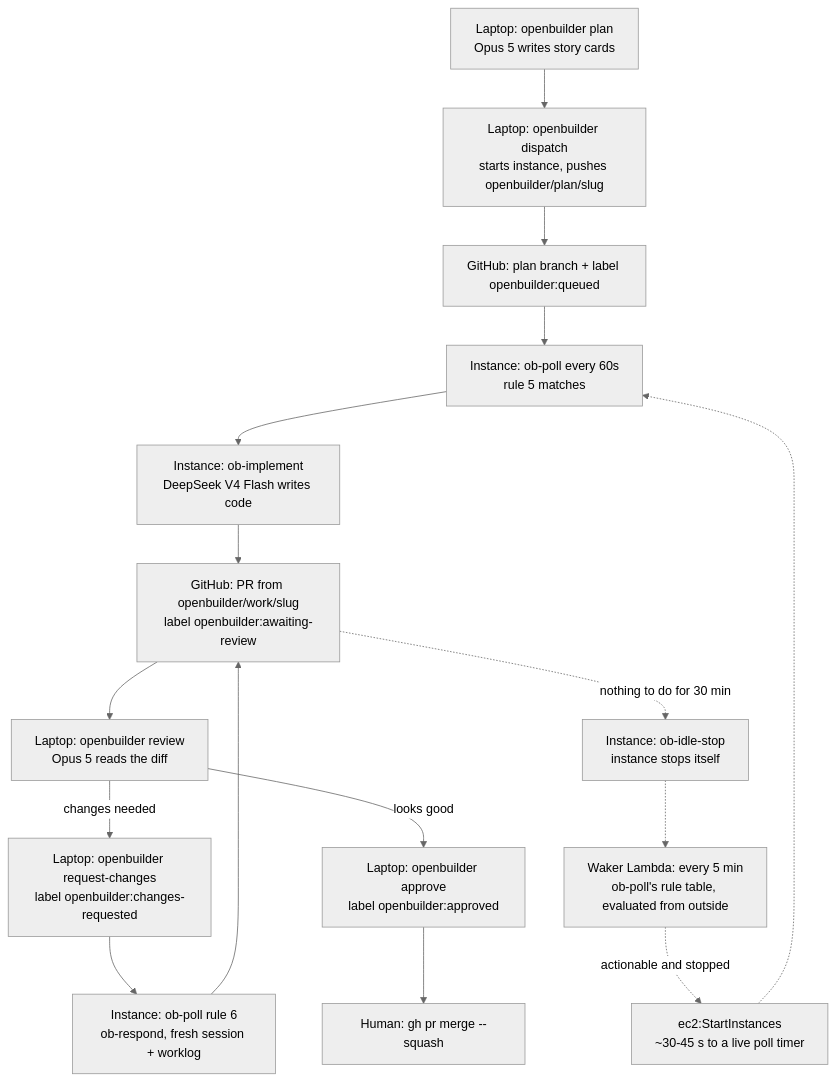
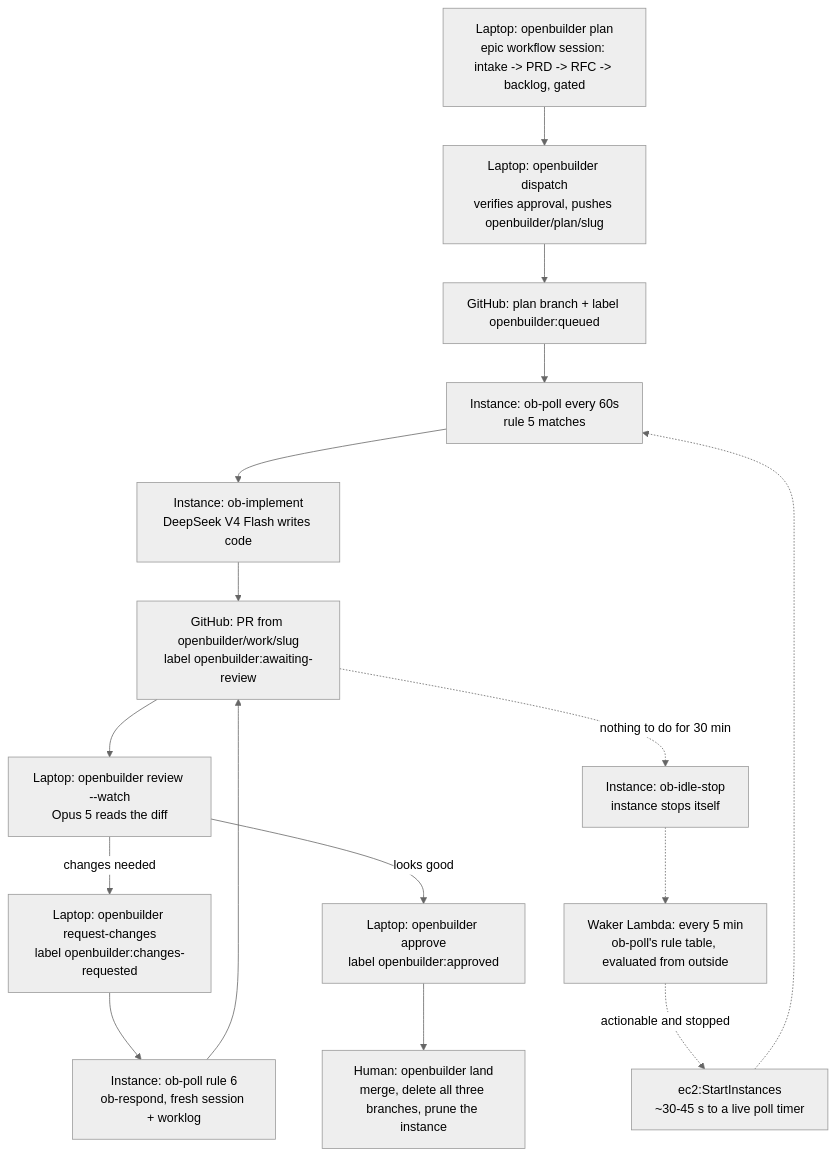
The diagram in README.md (artemkurylo/openbuilder), drawn with Mermaid (neutral theme) before and after one commit. The commit also changed other lines of this file and 2 other files, not shown here.

Commit message:
feat(cli): add openbuilder land to merge an approved PR and delete its branches (story-04)

````diff
--- a/README.md
+++ b/README.md
@@ -16,18 +16,18 @@
 ```mermaid
 flowchart TD
-    A["Laptop: openbuilder plan<br/>Opus 5 writes story cards"] --> B["Laptop: openbuilder dispatch<br/>starts instance, pushes openbuilder/plan/slug"]
+    A["Laptop: openbuilder plan<br/>epic workflow session: intake -> PRD -> RFC -> backlog, gated"] --> B["Laptop: openbuilder dispatch<br/>verifies approval, pushes openbuilder/plan/slug"]
     B --> C["GitHub: plan branch + label openbuilder:queued"]
     C --> D["Instance: ob-poll every 60s<br/>rule 5 matches"]
     D --> E["Instance: ob-implement<br/>DeepSeek V4 Flash writes code"]
     E --> F["GitHub: PR from openbuilder/work/slug<br/>label openbuilder:awaiting-review"]
-    F --> G["Laptop: openbuilder review<br/>Opus 5 reads the diff"]
+    F --> G["Laptop: openbuilder review --watch<br/>Opus 5 reads the diff"]
     G -->|changes needed| H["Laptop: openbuilder request-changes<br/>label openbuilder:changes-requested"]
     H --> I["Instance: ob-poll rule 6<br/>ob-respond, fresh session + worklog"]
     I --> F
     G -->|looks good| J["Laptop: openbuilder approve<br/>label openbuilder:approved"]
-    J --> K["Human: gh pr merge --squash"]
+    J --> K["Human: openbuilder land<br/>merge, delete all three branches, prune the instance"]
     F -.->|nothing to do for 30 min| L["Instance: ob-idle-stop<br/>instance stops itself"]
     L -.-> M["Waker Lambda: every 5 min<br/>ob-poll's rule table, evaluated from outside"]
     M -.->|actionable and stopped| N["ec2:StartInstances<br/>~30-45 s to a live poll timer"]
     N -.-> D
 ```
````
